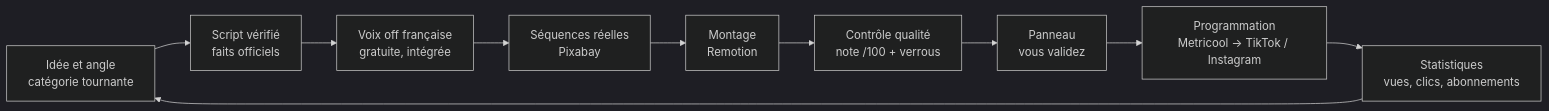
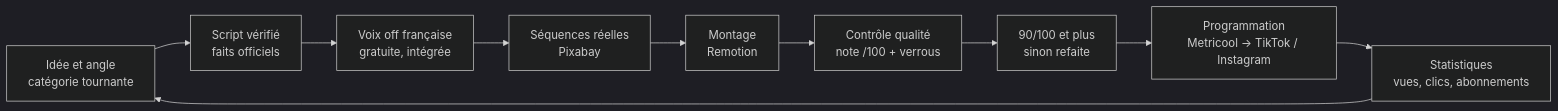
The diagram in README.md (businebile-png/video-), drawn with Mermaid (dark theme) before and after one commit. The commit also changed other lines of this file and 2 other files, not shown here.

````diff
--- a/README.md
+++ b/README.md
@@ -13,12 +14,12 @@
 ```mermaid
 flowchart LR
   A[Idée et angle<br/>catégorie tournante] --> B[Script vérifié<br/>faits officiels]
   B --> C[Voix off française<br/>gratuite, intégrée]
   C --> D[Séquences réelles<br/>Pixabay]
   D --> E[Montage<br/>Remotion]
   E --> F[Contrôle qualité<br/>note /100 + verrous]
-  F --> G[Panneau<br/>vous validez]
+  F --> G[90/100 et plus<br/>sinon refaite]
   G --> H[Programmation<br/>Metricool → TikTok / Instagram]
   H --> I[Statistiques<br/>vues, clics, abonnements]
   I --> A
 ```
````
